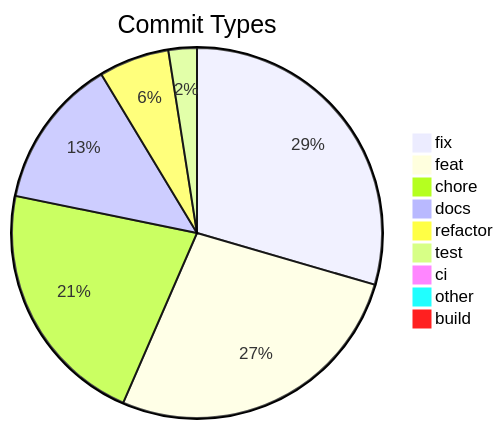
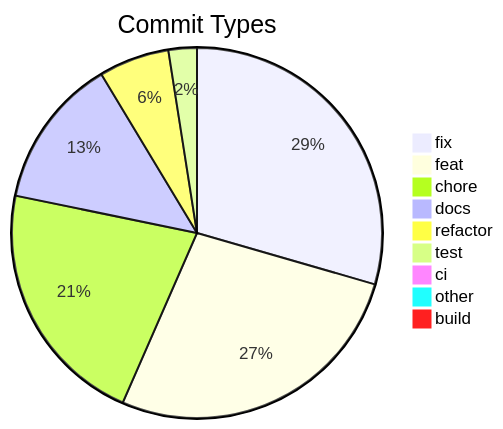
The diagram in .shipwright/compliance/change-history.md (svenroth-ai/shipwright), drawn with Mermaid before and after one commit. The commit also changed other lines of this file and 26 other files, not shown here.

````diff
--- a/.shipwright/compliance/change-history.md
+++ b/.shipwright/compliance/change-history.md
@@ -8,12 +8,12 @@
 ```mermaid
 pie title Commit Types
     "fix" : 321
-    "feat" : 294
+    "feat" : 295
     "chore" : 236
     "docs" : 143
     "refactor" : 67
     "test" : 27
     "ci" : 11
     "other" : 7
     "build" : 1
 ```
````
